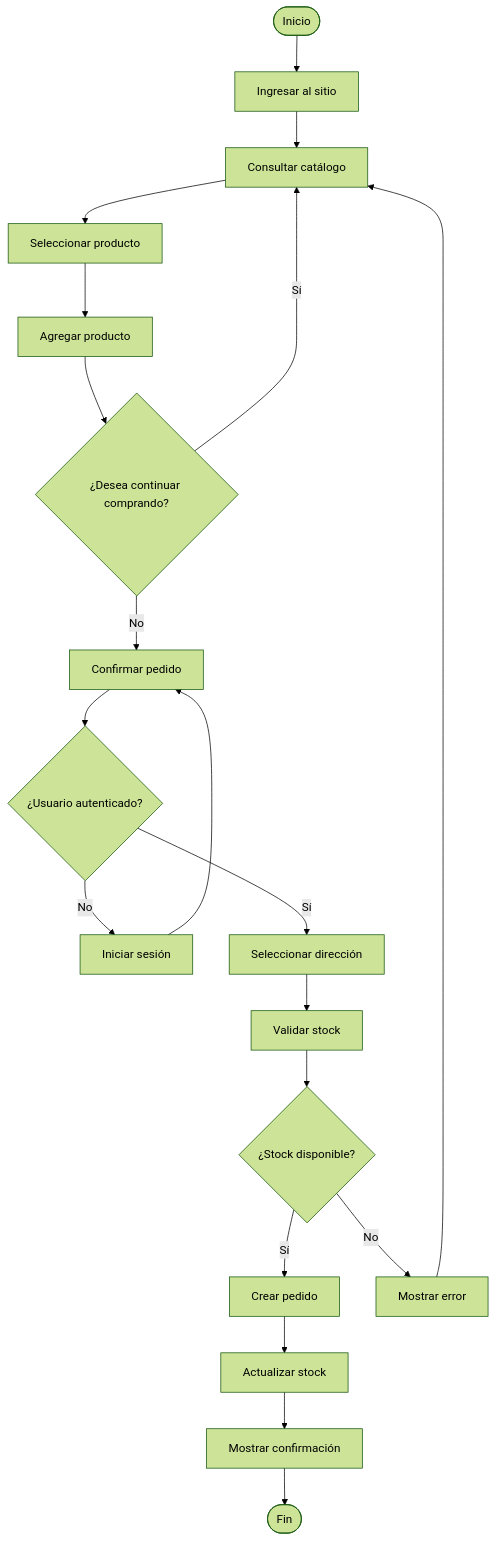
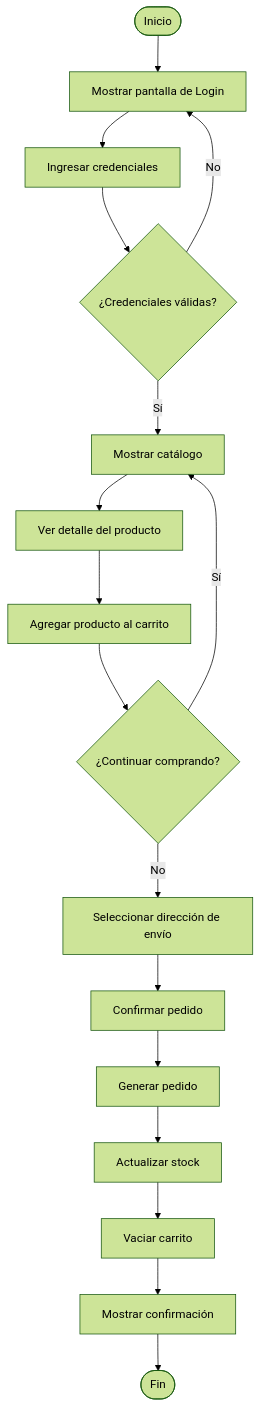
Before and after one commit to facusoster/FinalProdWebLaravel: the diagram in docs/diagramas/24_UML_ActividadCompra.md, drawn with Mermaid (forest theme). The commit also changed other lines of this file and 25 other files, not shown here.

Commit message:
Actualizo documentación completa: diagramas, requisitos, arquitectura, UML y setup

````diff
--- a/docs/diagramas/24_UML_ActividadCompra.md
+++ b/docs/diagramas/24_UML_ActividadCompra.md
@@ -19,70 +23,65 @@
 ```mermaid
 flowchart TD
 
-A([Inicio])
+Inicio([Inicio])
 
-B[Ingresar al sitio]
+Login[Mostrar pantalla de Login]
 
-C[Consultar catálogo]
+Credenciales[Ingresar credenciales]
 
-D[Seleccionar producto]
+Validacion{¿Credenciales válidas?}
 
-E{¿Desea continuar comprando?}
+Catalogo[Mostrar catálogo]
 
-F[Agregar producto]
+Detalle[Ver detalle del producto]
 
-G[Confirmar pedido]
+Agregar[Agregar producto al carrito]
 
-H{¿Usuario autenticado?}
+Continuar{¿Continuar comprando?}
 
-I[Iniciar sesión]
+Direccion[Seleccionar dirección de envío]
 
-J[Seleccionar dirección]
+Confirmar[Confirmar pedido]
 
-K[Validar stock]
+Procesar[Generar pedido]
 
-L{¿Stock disponible?}
+Actualizar[Actualizar stock]
 
-M[Crear pedido]
+Vaciar[Vaciar carrito]
 
-N[Actualizar stock]
+Exito[Mostrar confirmación]
 
-O[Mostrar confirmación]
+Fin([Fin])
 
-P([Fin])
+Inicio --> Login
 
-X[Mostrar error]
+Login --> Credenciales
 
-A --> B
-B --> C
-C --> D
-D --> F
-F --> E
+Credenciales --> Validacion
 
-E -- Sí --> C
+Validacion -- No --> Login
 
-E -- No --> G
+Validacion -- Sí --> Catalogo
 
-G --> H
+Catalogo --> Detalle
 
-H -- No --> I
-I --> G
+Detalle --> Agregar
 
-H -- Sí --> J
+Agregar --> Continuar
 
-J --> K
+Continuar -- Sí --> Catalogo
 
-K --> L
+Continuar -- No --> Direccion
 
-L -- Sí --> M
+Direccion --> Confirmar
 
-M --> N
+Confirmar --> Procesar
 
-N --> O
+Procesar --> Actualizar
 
-O --> P
+Actualizar --> Vaciar
 
-L -- No --> X
+Vaciar --> Exito
 
-X --> C
+Exito --> Fin
 ```
````
